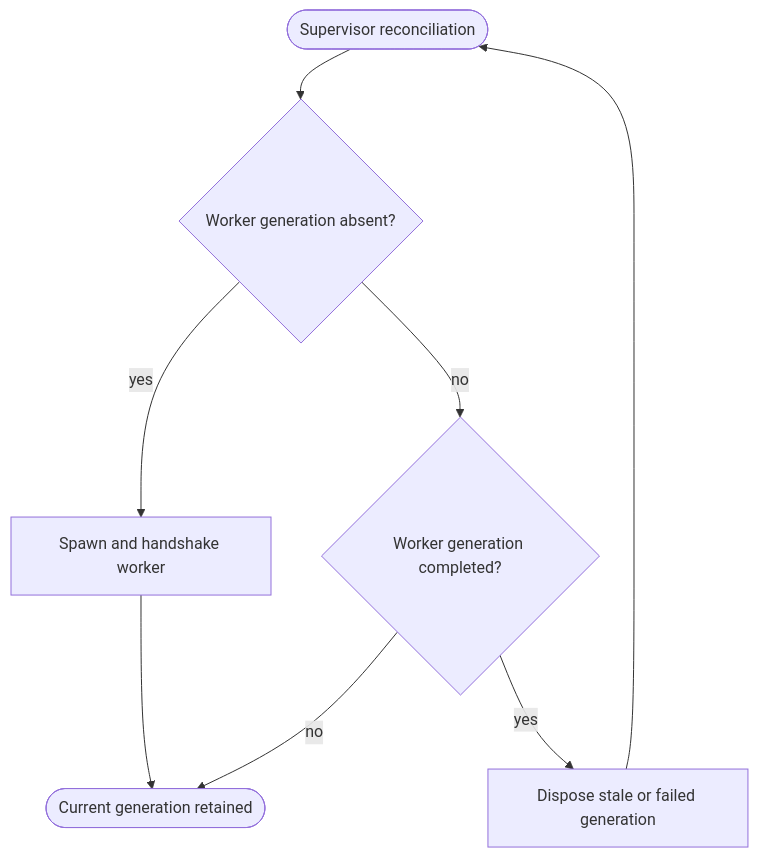
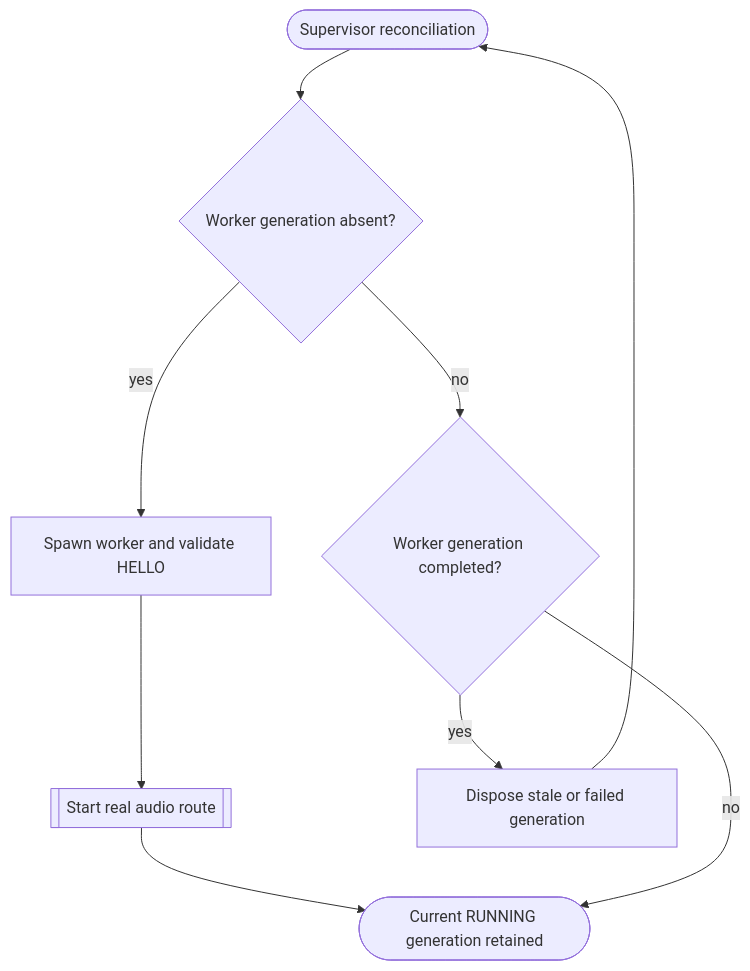
One commit to STanJK/LE-Audio-Relay changed the diagram in VF/worker-generation.vf.md. Above: the diagram before and after it, drawn with Mermaid. The commit also changed other lines of this file and 4 other files, not shown here.

Commit message:
docs: map first Round4 audio route into VF-KB

````diff
--- a/VF/worker-generation.vf.md
+++ b/VF/worker-generation.vf.md
@@ -83,44 +91,49 @@
 ```mermaid
 flowchart TD
     %% vf:flow id="worker-generation"
 
     %% vf:element kind="input"
     reconcile(["Supervisor reconciliation"])
 
     %% vf:element kind="decision"
     %% vf:guard expr="active == null" source="supervisor"
     absent{"Worker generation absent?"}
 
     %% vf:element kind="action"
-    %% vf:op call target="StartGenerationAsync" args="desired,cancellationToken" source="supervisor"
-    start["Spawn and handshake worker"]
+    %% vf:op call target="StartWorkerProcess" args="pipeName,generation,configuration" source="supervisor"
+    spawn["Spawn worker and validate HELLO"]
+
+    %% vf:element kind="child"
+    %% vf:expand node="leaudio-router.round4-shell.worker-generation.route-session"
+    route[["Start real audio route"]]
 
     %% vf:element kind="decision"
     %% vf:guard expr="active.Completion.IsCompleted" source="supervisor"
     completed{"Worker generation completed?"}
 
     %% vf:element kind="action"
     %% vf:op call target="StopGenerationAsync" args="active,cancellationToken" source="supervisor"
     replace["Dispose stale or failed generation"]
 
     %% vf:element kind="output"
-    healthy(["Current generation retained"])
+    healthy(["Current RUNNING generation retained"])
 
     reconcile --> absent
 
     %% vf:branch when="active == null"
-    absent -->|"yes"| start
+    absent -->|"yes"| spawn
 
     %% vf:branch when="active != null"
     absent -->|"no"| completed
 
-    start --> healthy
+    spawn --> route
+    route --> healthy
 
     %% vf:branch when="active.Completion.IsCompleted"
     completed -->|"yes"| replace
 
     %% vf:branch when="!active.Completion.IsCompleted"
     completed -->|"no"| healthy
 
     replace --> reconcile
 ```
````
